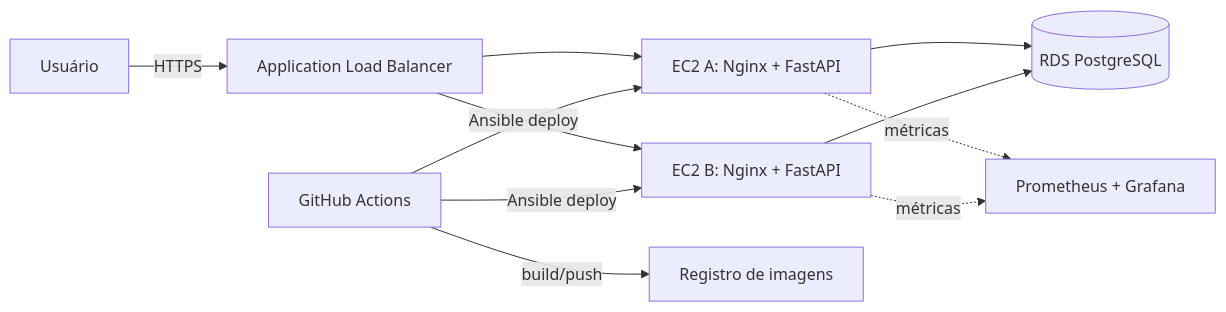
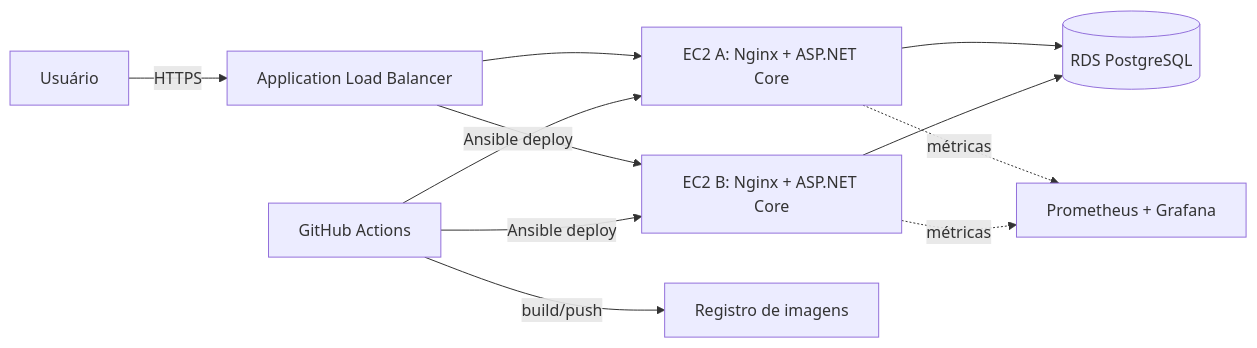
One commit to hmccufrpe/TennisLog changed the diagram in docs/proposta.md. Above: the diagram before and after it, drawn with Mermaid. The commit also changed other lines of this file and 1 other file, not shown here.

Commit message:
Backend em .NET (ASP.NET Core)

````diff
--- a/docs/proposta.md
+++ b/docs/proposta.md
@@ -18,13 +18,13 @@
 ```mermaid
 flowchart LR
   U[Usuário] -->|HTTPS| ALB[Application Load Balancer]
-  ALB --> EC2A[EC2 A: Nginx + FastAPI]
-  ALB --> EC2B[EC2 B: Nginx + FastAPI]
+  ALB --> EC2A[EC2 A: Nginx + ASP.NET Core]
+  ALB --> EC2B[EC2 B: Nginx + ASP.NET Core]
   EC2A --> RDS[(RDS PostgreSQL)]
   EC2B --> RDS
   EC2A -.métricas.-> PROM[Prometheus + Grafana]
   EC2B -.métricas.-> PROM
   GH[GitHub Actions] -->|build/push| REG[Registro de imagens]
   GH -->|Ansible deploy| EC2A
   GH -->|Ansible deploy| EC2B
 ```
````
